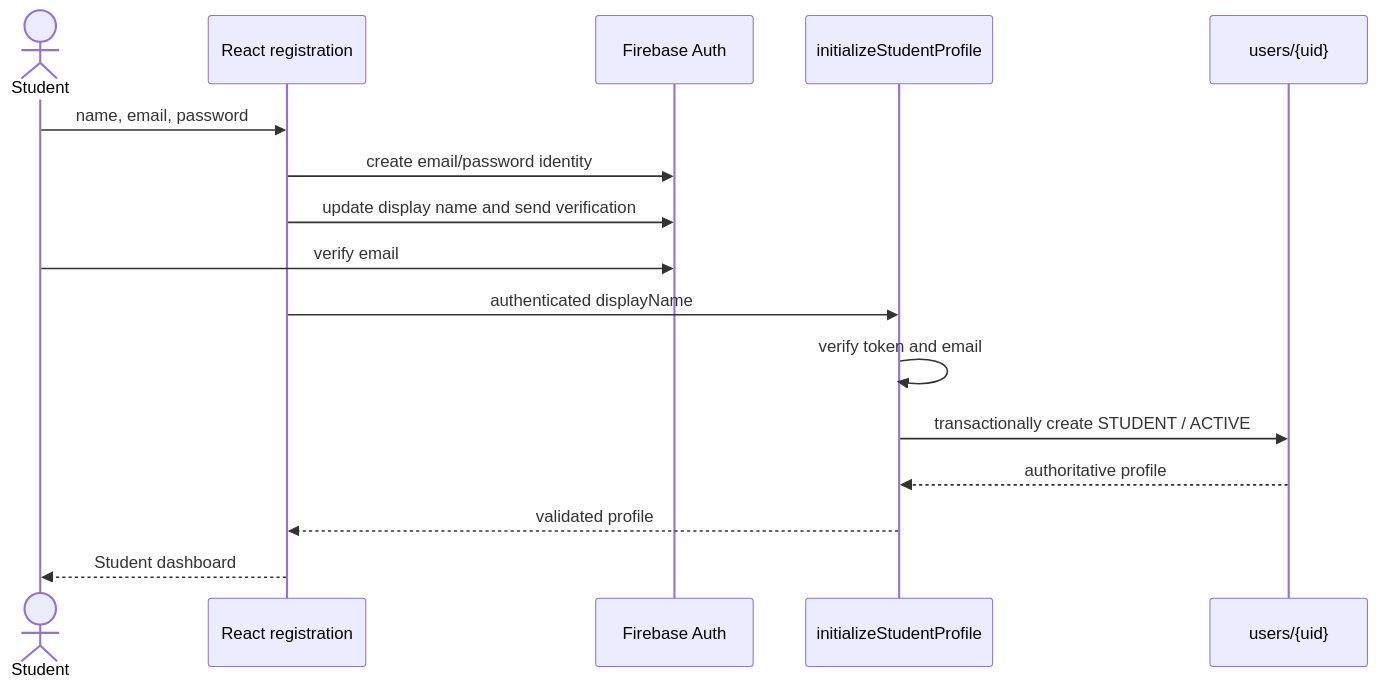
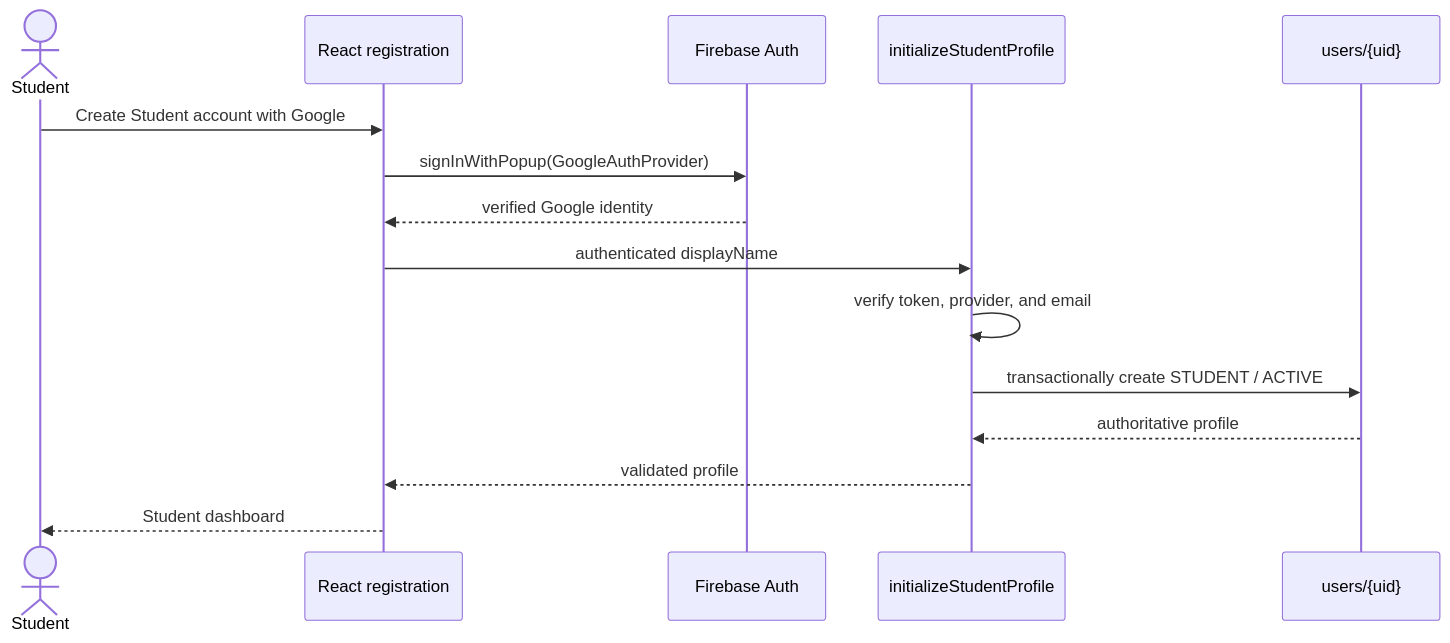
Before and after one commit to CS3227-2610-MP3-HelpiNUS/CS3227-2610-MP3: the second of 5 diagrams in docs/DeveloperGuide.md, drawn with Mermaid. The commit also changed other lines of this file and 1 other file, not shown here.

Commit message:
docs(auth): document Google provider setup

````diff
--- a/docs/DeveloperGuide.md
+++ b/docs/DeveloperGuide.md
@@ -114,19 +114,18 @@
 ```mermaid
 sequenceDiagram
     actor Student
     participant UI as React registration
     participant Auth as Firebase Auth
     participant Fn as initializeStudentProfile
     participant DB as users/{uid}
 
-    Student->>UI: name, email, password
-    UI->>Auth: create email/password identity
-    UI->>Auth: update display name and send verification
-    Student->>Auth: verify email
+    Student->>UI: Create Student account with Google
+    UI->>Auth: signInWithPopup(GoogleAuthProvider)
+    Auth-->>UI: verified Google identity
     UI->>Fn: authenticated displayName
-    Fn->>Fn: verify token and email
+    Fn->>Fn: verify token, provider, and email
     Fn->>DB: transactionally create STUDENT / ACTIVE
     DB-->>Fn: authoritative profile
     Fn-->>UI: validated profile
     UI-->>Student: Student dashboard
 ```
````
